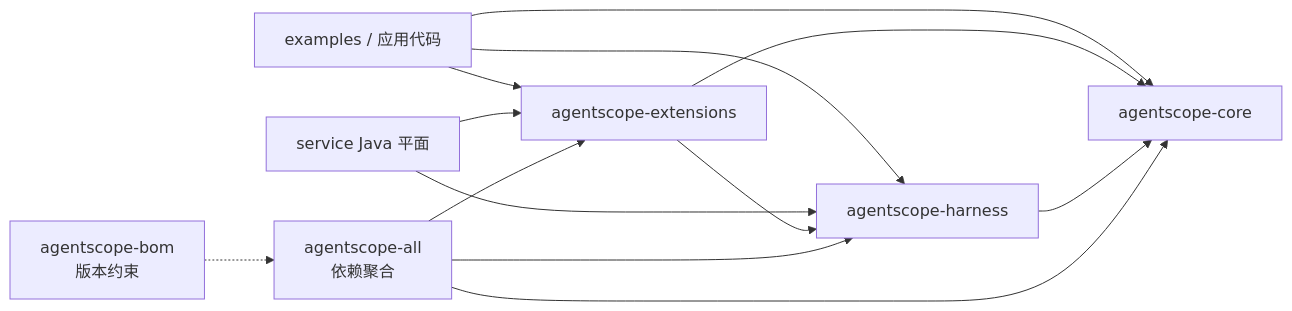
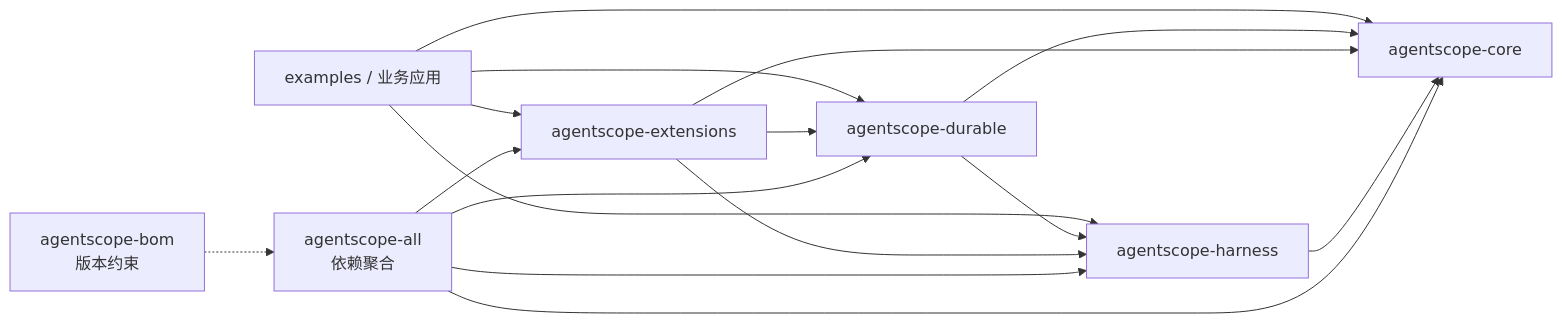
Before and after one commit to liulangjietou/AgentScope-source-analysis: the first of 2 diagrams in 01-模块全景与依赖拓扑.md, drawn with Mermaid. The commit also changed other lines of this file and 14 other files, not shown here.

````diff
--- a/01-模块全景与依赖拓扑.md
+++ b/01-模块全景与依赖拓扑.md
@@ -22,15 +22,18 @@
 ```mermaid
 flowchart LR
-    EX["examples / 应用代码"] --> HARNESS["agentscope-harness"]
+    EX["examples / 业务应用"] --> DURABLE["agentscope-durable"]
+    EX --> HARNESS["agentscope-harness"]
     EX --> EXTS["agentscope-extensions"]
     EX --> CORE["agentscope-core"]
-    SVC["service Java 平面"] --> HARNESS
-    SVC --> EXTS
+    DURABLE --> HARNESS
+    DURABLE --> CORE
+    EXTS --> DURABLE
     EXTS --> HARNESS
     EXTS --> CORE
     HARNESS --> CORE
-    ALL["agentscope-all<br/>依赖聚合"] --> HARNESS
+    ALL["agentscope-all<br/>依赖聚合"] --> DURABLE
+    ALL --> HARNESS
     ALL --> EXTS
     ALL --> CORE
     BOM["agentscope-bom<br/>版本约束"] -.-> ALL
 ```
````
